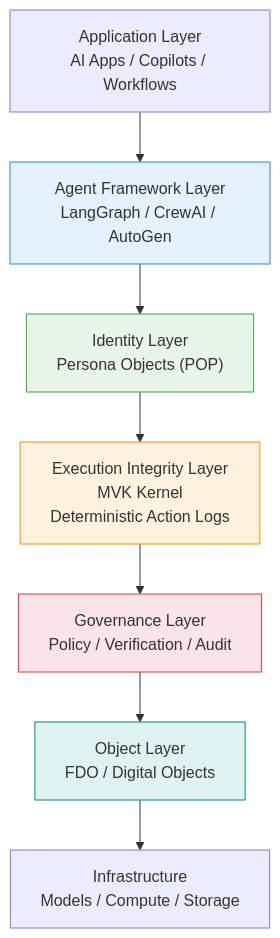
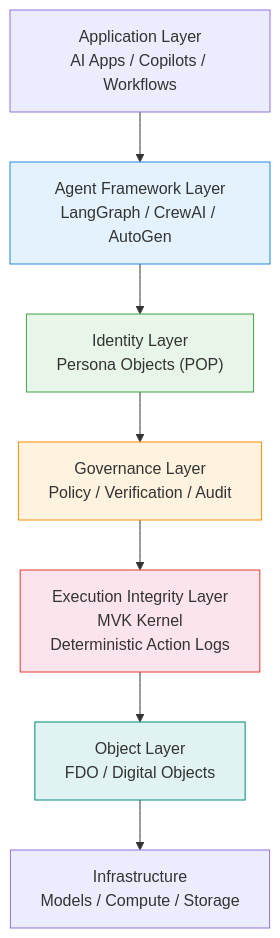
Before and after one commit to joy7758/fdo-kernel-mvk: the diagram in docs/assets/agent-architecture-map.mmd, drawn with Mermaid. The commit also changed 35 other files, not shown here.

Commit message:
refactor(mvk): constrain kernel to execution-integrity role

```diff
--- a/docs/assets/agent-architecture-map.mmd
+++ b/docs/assets/agent-architecture-map.mmd
@@ -1,27 +1,27 @@
 flowchart TD
     A["Application Layer<br>AI Apps / Copilots / Workflows"]
     B["Agent Framework Layer<br>LangGraph / CrewAI / AutoGen"]
     C["Identity Layer<br>Persona Objects (POP)"]
-    D["Execution Integrity Layer<br>MVK Kernel<br>Deterministic Action Logs"]
-    E["Governance Layer<br>Policy / Verification / Audit"]
+    D["Governance Layer<br>Policy / Verification / Audit"]
+    E["Execution Integrity Layer<br>MVK Kernel<br>Deterministic Action Logs"]
     F["Object Layer<br>FDO / Digital Objects"]
     G["Infrastructure<br>Models / Compute / Storage"]
 
     A --> B
     B --> C
     C --> D
     D --> E
     E --> F
     F --> G
 
     B:::framework
     C:::identity
     D:::integrity
     E:::governance
     F:::objects
 
     classDef framework fill:#E3F2FD,stroke:#1E88E5
     classDef identity fill:#E8F5E9,stroke:#43A047
     classDef integrity fill:#FFF3E0,stroke:#FB8C00
     classDef governance fill:#FCE4EC,stroke:#E53935
     classDef objects fill:#E0F2F1,stroke:#00897B
```
